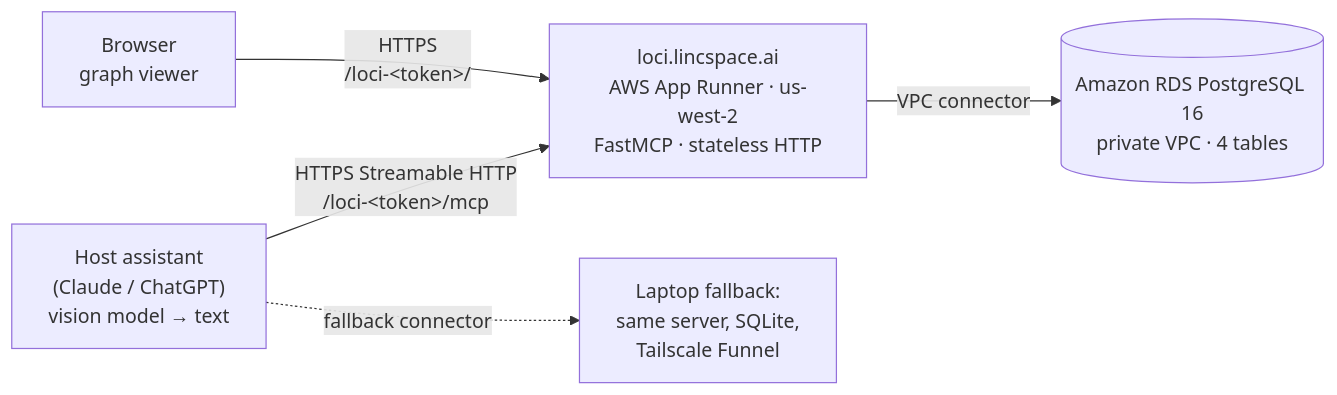
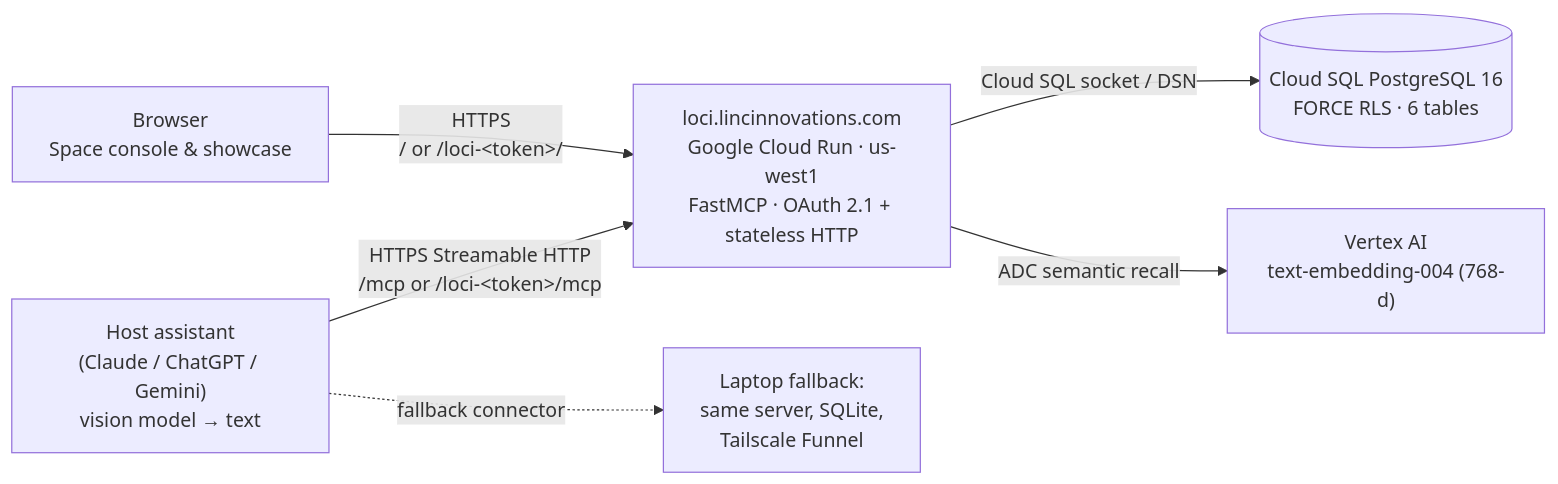
The diagram in README.md (LincForge/0xl0c1), drawn with Mermaid before and after one commit. The commit also changed other lines of this file and 4 other files, not shown here.

Commit message:
feat(console): landing showcase, pricing modal, sample SVG tags, viewer filter & GCP docs (#7)

````diff
--- a/README.md
+++ b/README.md
@@ -204,12 +204,14 @@
 ```mermaid
 flowchart LR
-  A["Host assistant<br/>(Claude / ChatGPT)<br/>vision model → text"]
-  V["Browser<br/>graph viewer"]
-  B["loci.lincspace.ai<br/>AWS App Runner · us-west-2<br/>FastMCP · stateless HTTP"]
-  C[("Amazon RDS PostgreSQL 16<br/>private VPC · 4 tables")]
+  A["Host assistant<br/>(Claude / ChatGPT / Gemini)<br/>vision model → text"]
+  V["Browser<br/>Space console &amp; showcase"]
+  B["loci.lincinnovations.com<br/>Google Cloud Run · us-west1<br/>FastMCP · OAuth 2.1 + stateless HTTP"]
+  C[("Cloud SQL PostgreSQL 16<br/>FORCE RLS · 6 tables")]
+  E["Vertex AI<br/>text-embedding-004 (768-d)"]
   D["Laptop fallback:<br/>same server, SQLite,<br/>Tailscale Funnel"]
-  A -- "HTTPS Streamable HTTP<br/>/loci-&lt;token&gt;/mcp" --> B
-  V -- "HTTPS<br/>/loci-&lt;token&gt;/" --> B
-  B -- "VPC connector" --> C
+  A -- "HTTPS Streamable HTTP<br/>/mcp or /loci-&lt;token&gt;/mcp" --> B
+  V -- "HTTPS<br/>/ or /loci-&lt;token&gt;/" --> B
+  B -- "Cloud SQL socket / DSN" --> C
+  B -- "ADC semantic recall" --> E
   A -. "fallback connector" .-> D
 ```
````
